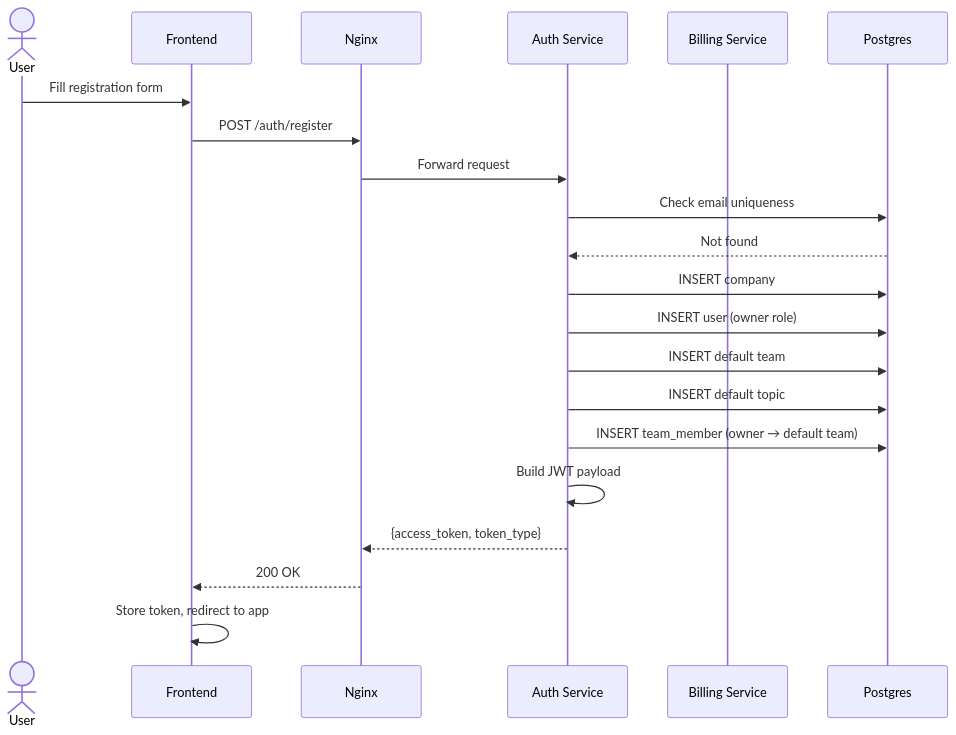
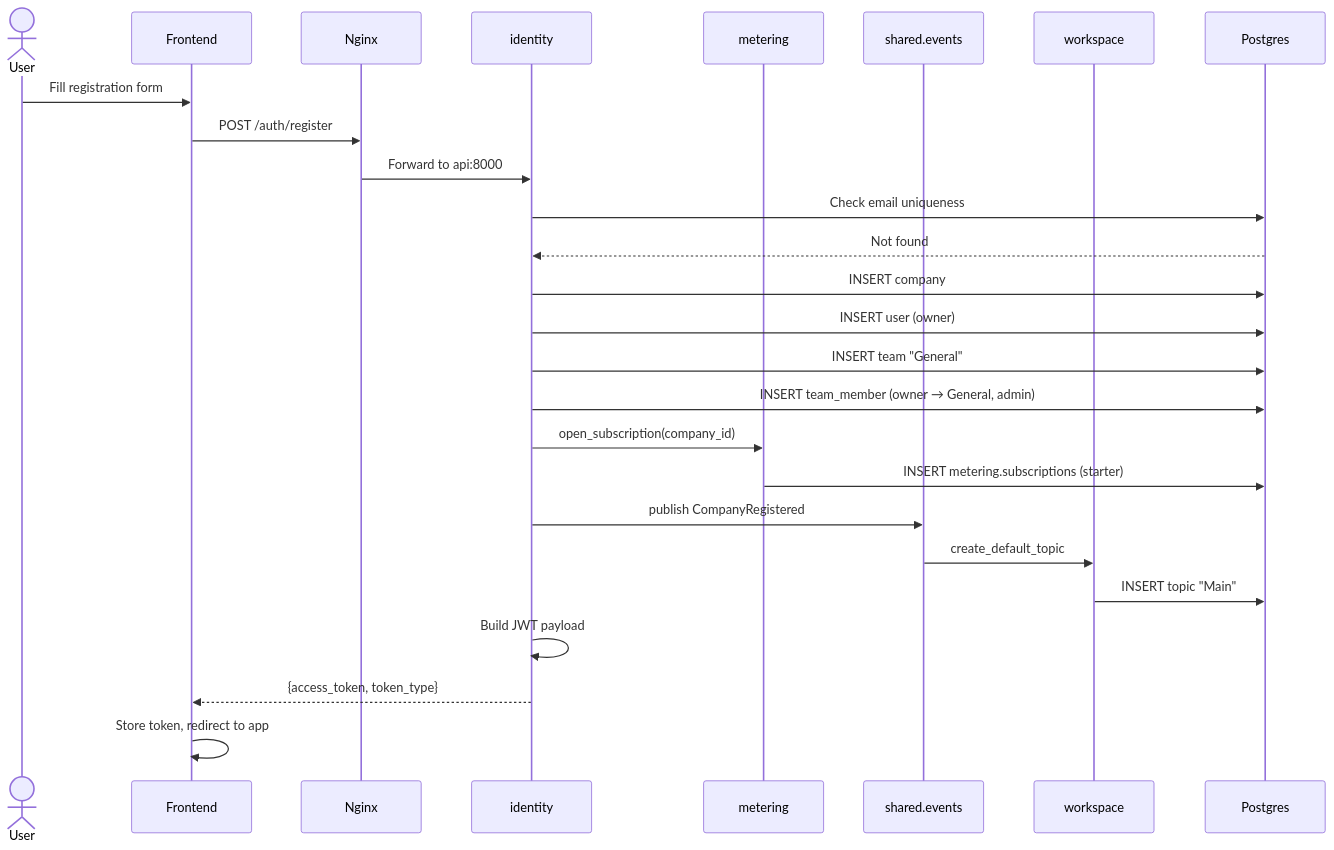
The first of 7 diagrams in docs/diagrams/sequence-diagrams.md (yavorm-tech/query-prism), drawn with Mermaid before and after one commit. The commit also changed other lines of this file and 15 other files, not shown here.

````diff
--- a/docs/diagrams/sequence-diagrams.md
+++ b/docs/diagrams/sequence-diagrams.md
@@ -8,27 +12,32 @@
 ```mermaid
 sequenceDiagram
     actor User
     participant Frontend
     participant Nginx
-    participant AuthSvc as Auth Service
-    participant BillingSvc as Billing Service
+    participant Identity as identity
+    participant Metering as metering
+    participant Events as shared.events
+    participant Workspace as workspace
     participant Postgres
 
     User->>Frontend: Fill registration form
     Frontend->>Nginx: POST /auth/register
-    Nginx->>AuthSvc: Forward request
+    Nginx->>Identity: Forward to api:8000
 
-    AuthSvc->>Postgres: Check email uniqueness
-    Postgres-->>AuthSvc: Not found
+    Identity->>Postgres: Check email uniqueness
+    Postgres-->>Identity: Not found
 
-    AuthSvc->>Postgres: INSERT company
-    AuthSvc->>Postgres: INSERT user (owner role)
-    AuthSvc->>Postgres: INSERT default team
-    AuthSvc->>Postgres: INSERT default topic
-    AuthSvc->>Postgres: INSERT team_member (owner → default team)
+    Identity->>Postgres: INSERT company
+    Identity->>Postgres: INSERT user (owner)
+    Identity->>Postgres: INSERT team "General"
+    Identity->>Postgres: INSERT team_member (owner → General, admin)
+    Identity->>Metering: open_subscription(company_id)
+    Metering->>Postgres: INSERT metering.subscriptions (starter)
+    Identity->>Events: publish CompanyRegistered
+    Events->>Workspace: create_default_topic
+    Workspace->>Postgres: INSERT topic "Main"
 
-    AuthSvc->>AuthSvc: Build JWT payload
-    AuthSvc-->>Nginx: {access_token, token_type}
-    Nginx-->>Frontend: 200 OK
+    Identity->>Identity: Build JWT payload
+    Identity-->>Frontend: {access_token, token_type}
     Frontend->>Frontend: Store token, redirect to app
 ```
````
